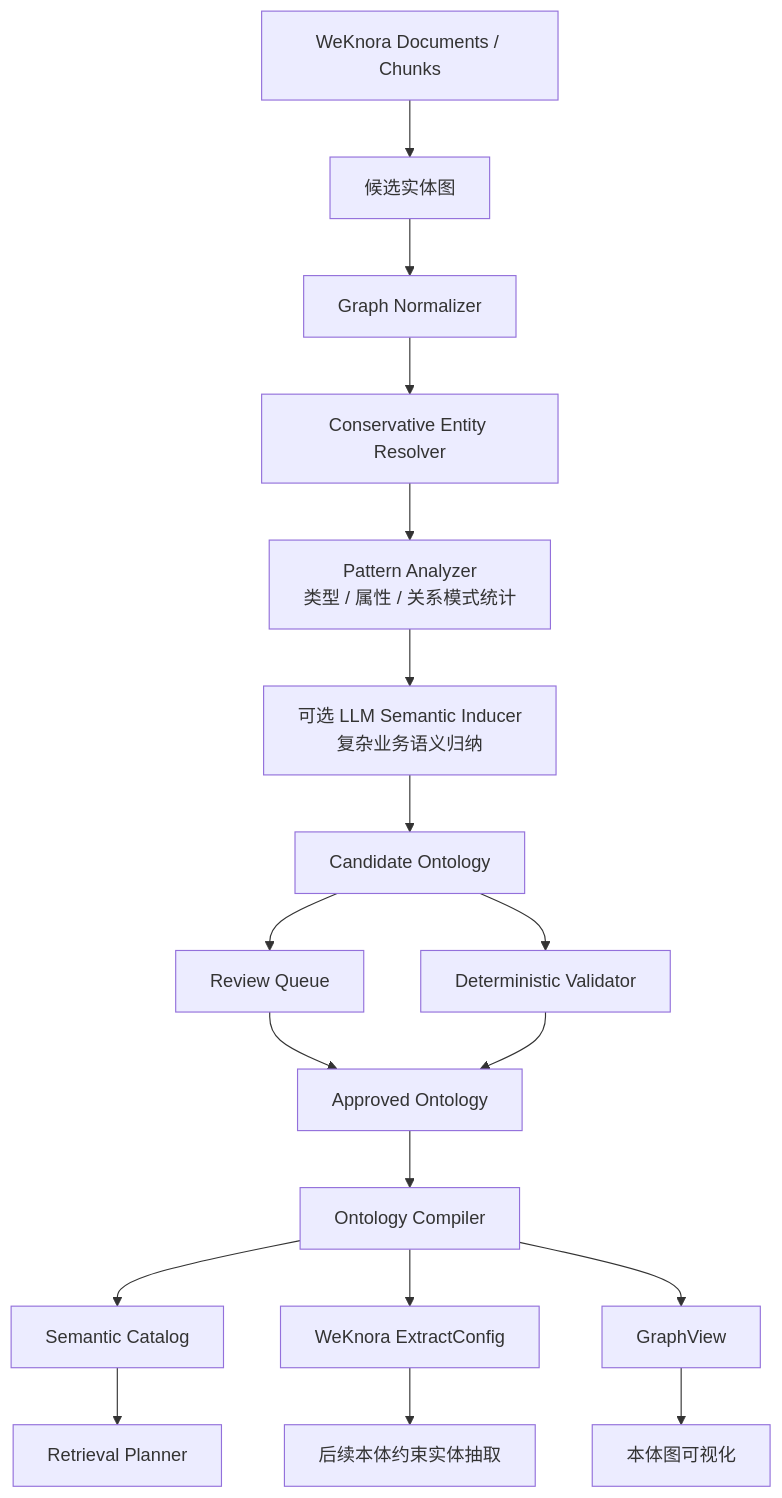
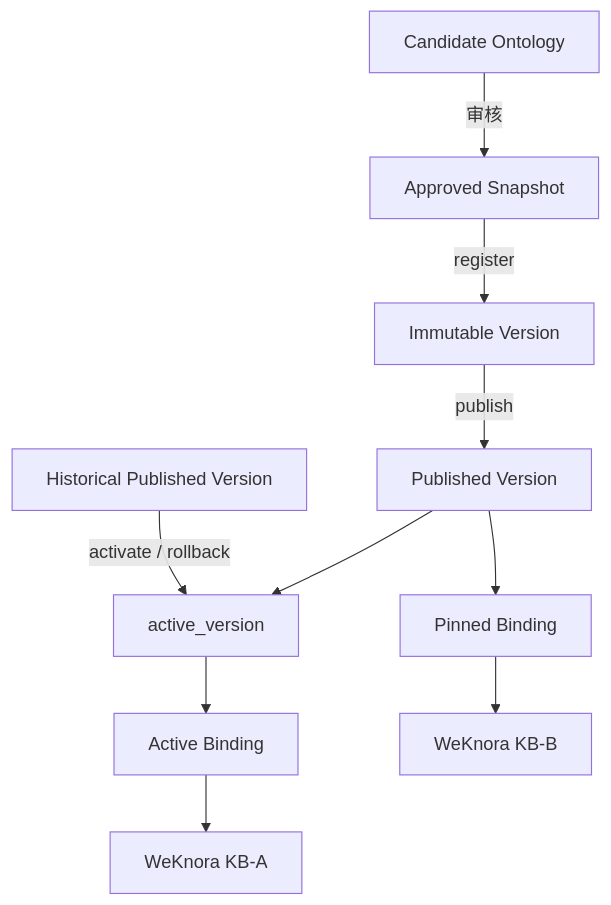
The third of 6 diagrams in README.md (superbuzzy/Weknora-Semantica), drawn with Mermaid before and after one commit. The commit also changed other lines of this file and 23 other files, not shown here.

````diff
--- a/README.md
+++ b/README.md
@@ -269,22 +135,15 @@
 ```mermaid
 flowchart TB
-    D[WeKnora Documents / Chunks] --> CE[候选实体图]
-    CE --> GN[Graph Normalizer]
-    GN --> ER[Conservative Entity Resolver]
-    ER --> PA[Pattern Analyzer<br/>类型 / 属性 / 关系模式统计]
-    PA --> SI[可选 LLM Semantic Inducer<br/>复杂业务语义归纳]
-    SI --> CO[Candidate Ontology]
-    CO --> RV[Review Queue]
-    CO --> DV[Deterministic Validator]
-    RV --> AO[Approved Ontology]
-    DV --> AO
+    C[Candidate Ontology] -->|审核| A[Approved Snapshot]
+    A -->|register| V[Immutable Version]
+    V -->|publish| P[Published Version]
+    P --> AV[active_version]
 
-    AO --> OC[Ontology Compiler]
-    OC --> SC[Semantic Catalog]
-    OC --> EC[WeKnora ExtractConfig]
-    OC --> GV[GraphView]
+    AV --> AB[Active Binding]
+    P --> PB[Pinned Binding]
 
-    SC --> RP[Retrieval Planner]
-    EC --> RE[后续本体约束实体抽取]
-    GV --> UI[本体图可视化]
+    AB --> KB1[WeKnora KB-A]
+    PB --> KB2[WeKnora KB-B]
+
+    HP[Historical Published Version] -->|activate / rollback| AV
 ```
````
